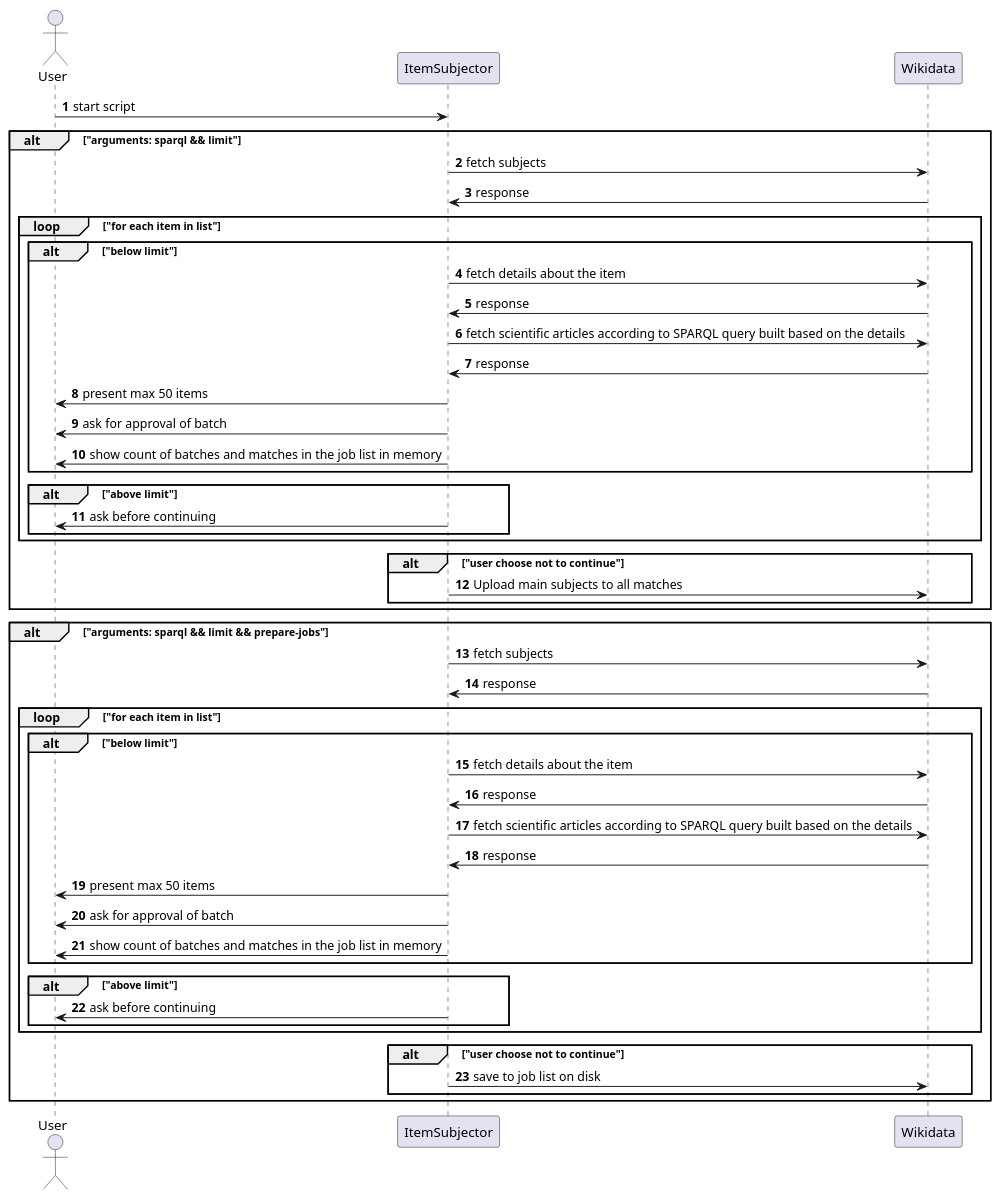
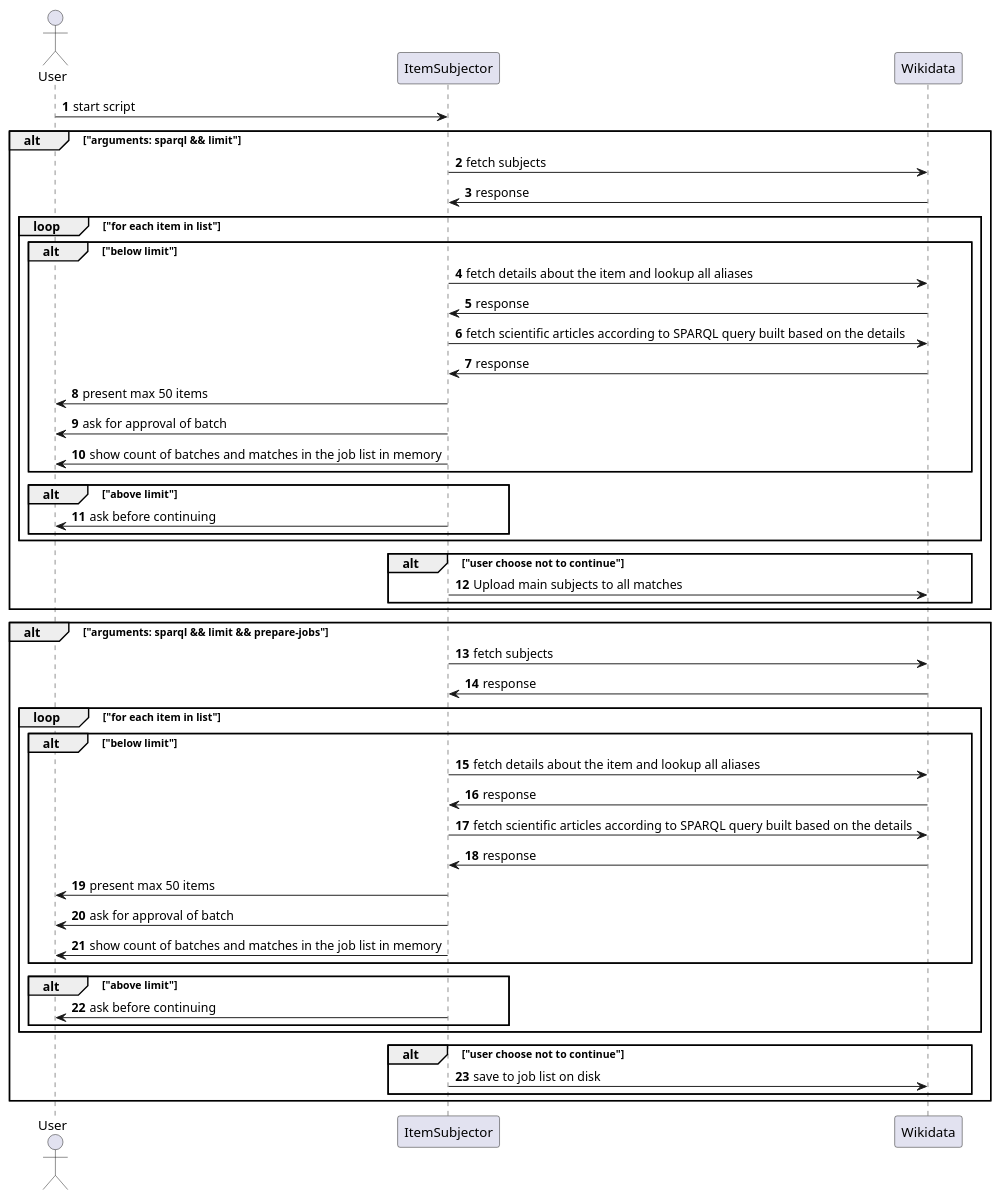
The diagram in diagrams/sequence_sparql.puml (dpriskorn/ItemSubjector), drawn with PlantUML before and after one commit. The commit also changed 9 other files, not shown here.

```diff
--- a/diagrams/sequence_sparql.puml
+++ b/diagrams/sequence_sparql.puml
@@ -1,50 +1,50 @@
 @startuml
 'https://plantuml.com/sequence-diagram
 
 autonumber
 actor User
 'cloud Wikidata
 User -> ItemSubjector : start script
 alt "arguments: sparql && limit"
     ItemSubjector -> Wikidata : fetch subjects
     Wikidata -> ItemSubjector : response
     loop "for each item in list"
         alt "below limit"
-            ItemSubjector -> Wikidata : fetch details about the item
+            ItemSubjector -> Wikidata : fetch details about the item and lookup all aliases
             Wikidata -> ItemSubjector : response
             ItemSubjector -> Wikidata : fetch scientific articles according to SPARQL query built based on the details
             Wikidata -> ItemSubjector : response
             ItemSubjector -> User : present max 50 items
             ItemSubjector -> User : ask for approval of batch
             ItemSubjector -> User : show count of batches and matches in the job list in memory
         end
         alt "above limit"
             ItemSubjector -> User : ask before continuing
         end
     end
     alt "user choose not to continue"
         ItemSubjector -> Wikidata : Upload main subjects to all matches
     end
 end
 alt "arguments: sparql && limit && prepare-jobs"
     ItemSubjector -> Wikidata : fetch subjects
     Wikidata -> ItemSubjector : response
     loop "for each item in list"
         alt "below limit"
-            ItemSubjector -> Wikidata : fetch details about the item
+            ItemSubjector -> Wikidata : fetch details about the item and lookup all aliases
             Wikidata -> ItemSubjector : response
             ItemSubjector -> Wikidata : fetch scientific articles according to SPARQL query built based on the details
             Wikidata -> ItemSubjector : response
             ItemSubjector -> User : present max 50 items
             ItemSubjector -> User : ask for approval of batch
             ItemSubjector -> User : show count of batches and matches in the job list in memory
         end
         alt "above limit"
             ItemSubjector -> User : ask before continuing
         end
     end
     alt "user choose not to continue"
         ItemSubjector -> Wikidata : save to job list on disk
     end
 end
 @enduml
```
